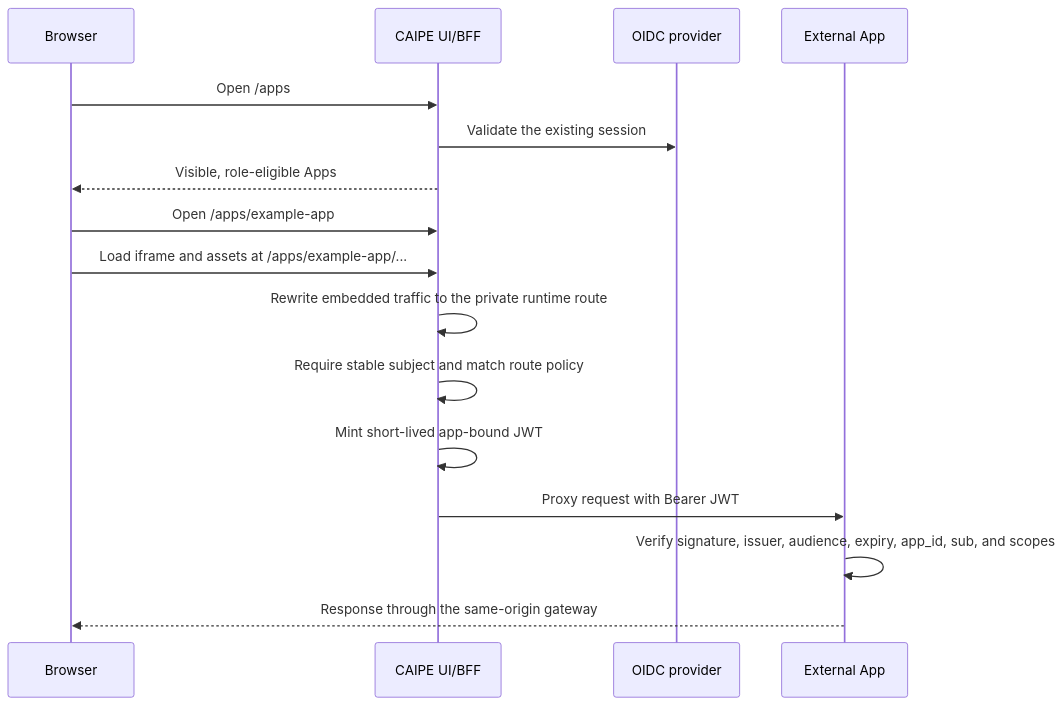
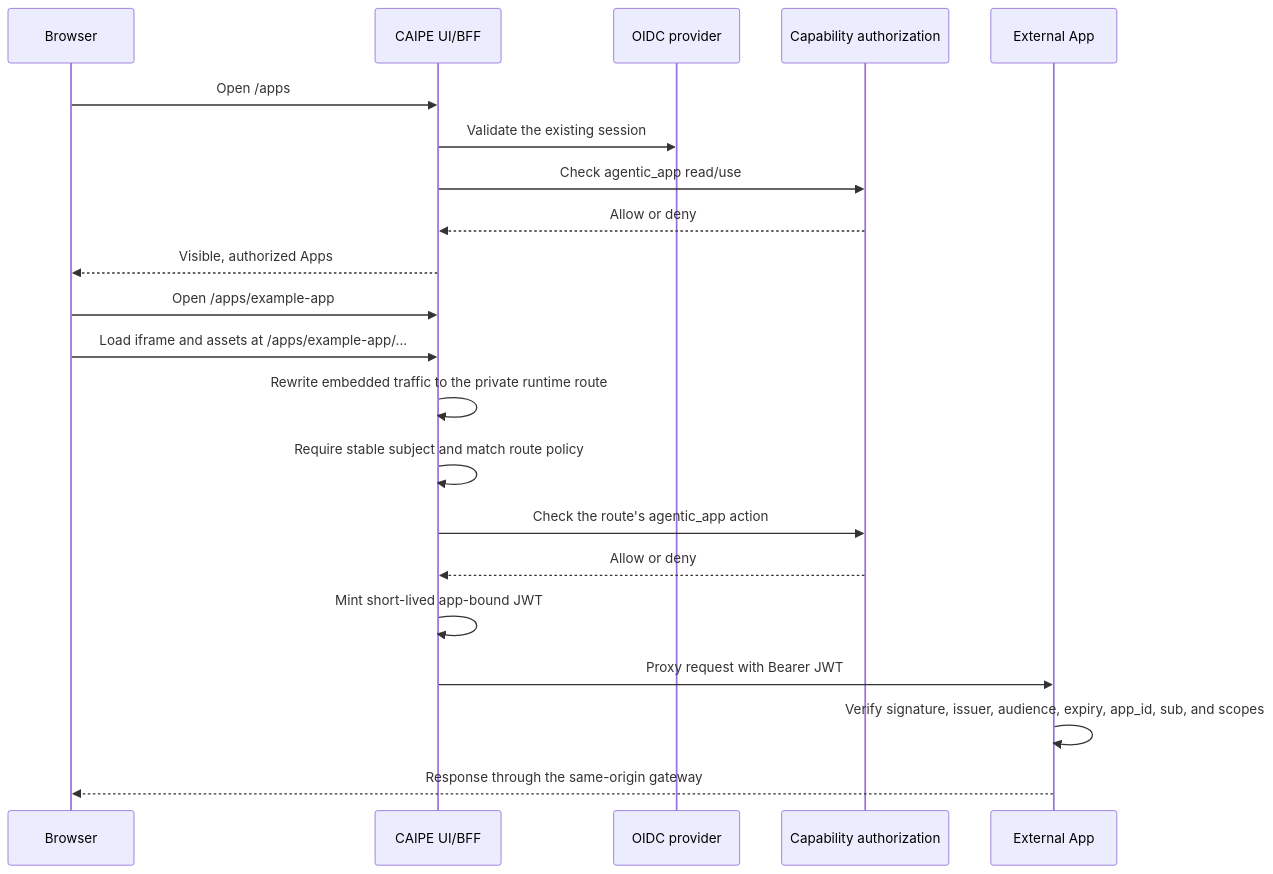
Before and after one commit to cnoe-io/ai-platform-engineering: the diagram in docs/docs/features/agentic-apps.md, drawn with Mermaid. The commit also changed other lines of this file and 12 other files, not shown here.

First line of the commit message:
fix(agentic-apps): restore CAS sharing for configured apps (#606)

````diff
--- a/docs/docs/features/agentic-apps.md
+++ b/docs/docs/features/agentic-apps.md
@@ -18,19 +18,24 @@
 ```mermaid
 sequenceDiagram
     participant Browser
     participant Host as CAIPE UI/BFF
     participant IdP as OIDC provider
+    participant CAS as Capability authorization
     participant App as External App
 
     Browser->>Host: Open /apps
     Host->>IdP: Validate the existing session
-    Host-->>Browser: Visible, role-eligible Apps
+    Host->>CAS: Check agentic_app read/use
+    CAS-->>Host: Allow or deny
+    Host-->>Browser: Visible, authorized Apps
     Browser->>Host: Open /apps/example-app
     Browser->>Host: Load iframe and assets at /apps/example-app/...
     Host->>Host: Rewrite embedded traffic to the private runtime route
     Host->>Host: Require stable subject and match route policy
+    Host->>CAS: Check the route's agentic_app action
+    CAS-->>Host: Allow or deny
     Host->>Host: Mint short-lived app-bound JWT
     Host->>App: Proxy request with Bearer JWT
     App->>App: Verify signature, issuer, audience, expiry, app_id, sub, and scopes
     App-->>Browser: Response through the same-origin gateway
 ```
````
